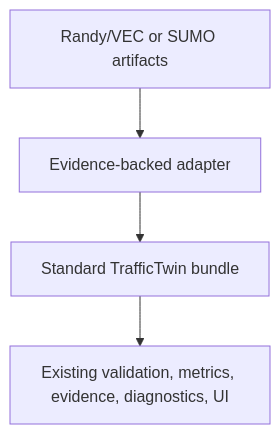
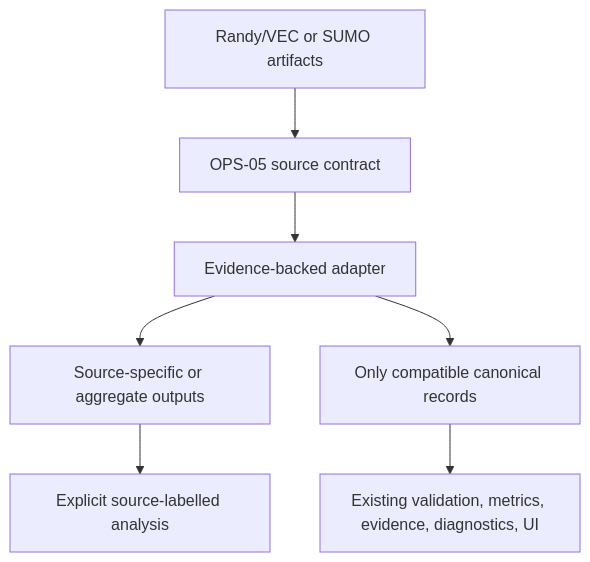
Before and after one commit to Abdulla4akash/traffictwin: the second of 2 diagrams in docs/system_overview.md, drawn with Mermaid. The commit also changed other lines of this file and 566 other files, not shown here.

Commit message:
feat: complete TrafficTwin v0.5 capability set

````diff
--- a/docs/system_overview.md
+++ b/docs/system_overview.md
@@ -98,6 +169,9 @@
 ```mermaid
 flowchart TD
-    RealArtifacts[Randy/VEC or SUMO artifacts] --> Adapter[Evidence-backed adapter]
-    Adapter --> Bundle[Standard TrafficTwin bundle]
-    Bundle --> ExistingPipeline[Existing validation, metrics, evidence, diagnostics, UI]
+    RealArtifacts[Randy/VEC or SUMO artifacts] --> Contract[OPS-05 source contract]
+    Contract --> Adapter[Evidence-backed adapter]
+    Adapter --> SourceOnly[Source-specific or aggregate outputs]
+    Adapter --> Canonical[Only compatible canonical records]
+    Canonical --> ExistingPipeline[Existing validation, metrics, evidence, diagnostics, UI]
+    SourceOnly --> SourceViews[Explicit source-labelled analysis]
 ```
````
